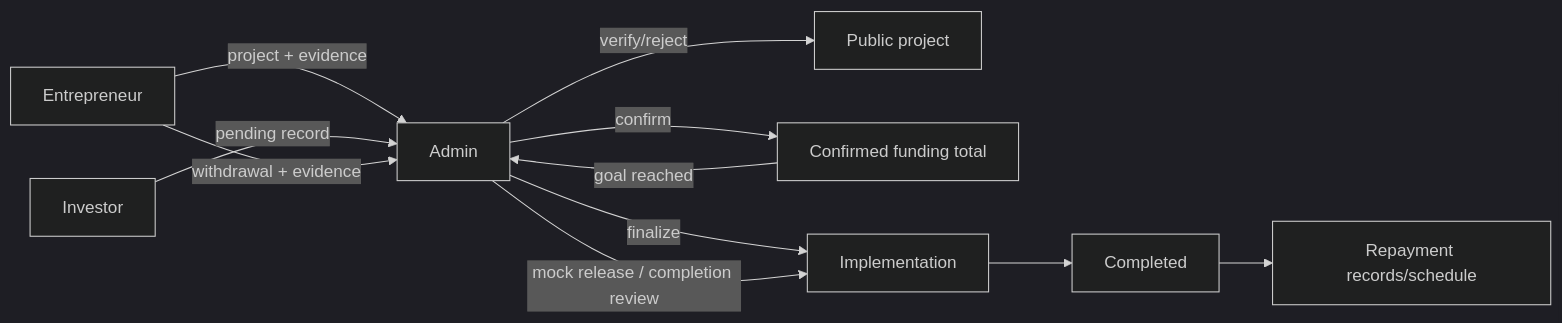
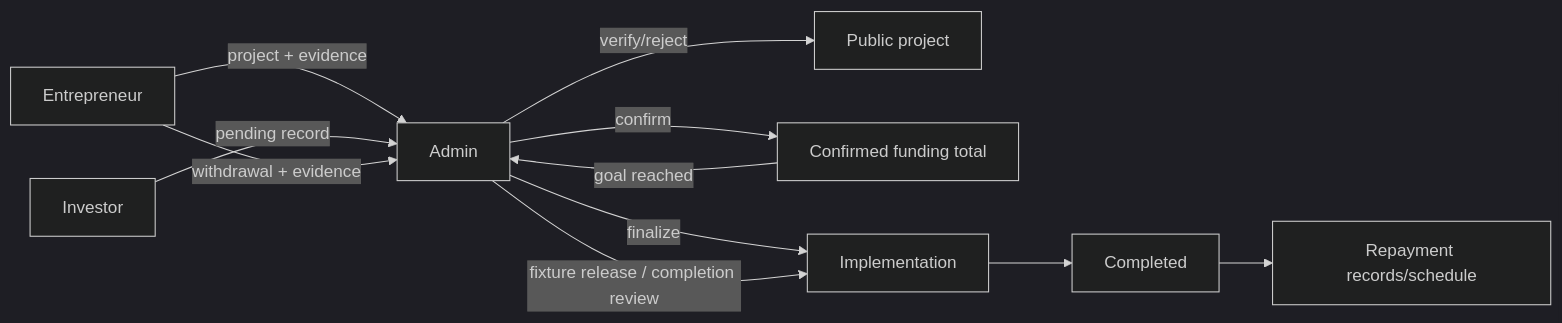
Before and after one commit to AdnanQasem/Sahmi: the second of 5 diagrams in documentation_evidence/sahmi-current-evidence-2026-08-14/SAHMI_CURRENT_IMPLEMENTATION_HANDOFF.md, drawn with Mermaid (dark theme). The commit also changed other lines of this file and 278 other files, not shown here.

````diff
--- a/documentation_evidence/sahmi-current-evidence-2026-08-14/SAHMI_CURRENT_IMPLEMENTATION_HANDOFF.md
+++ b/documentation_evidence/sahmi-current-evidence-2026-08-14/SAHMI_CURRENT_IMPLEMENTATION_HANDOFF.md
@@ -128,13 +130,13 @@
 ```mermaid
 flowchart LR
   Entrepreneur -->|project + evidence| Admin
   Admin -->|verify/reject| PublicProject[Public project]
   Investor -->|pending record| Admin
   Admin -->|confirm| FundedTotals[Confirmed funding total]
   FundedTotals -->|goal reached| Admin
   Admin -->|finalize| Implementation
   Entrepreneur -->|withdrawal + evidence| Admin
-  Admin -->|mock release / completion review| Implementation
+  Admin -->|fixture release / completion review| Implementation
   Implementation --> Completed
   Completed --> RepaymentSchedule[Repayment records/schedule]
 ```
````
